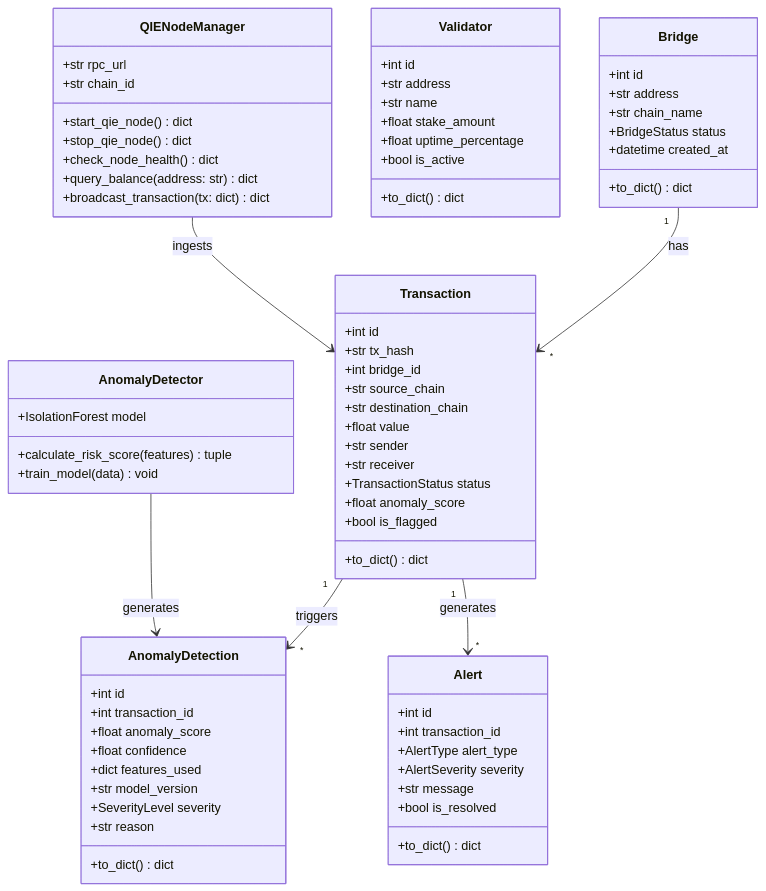
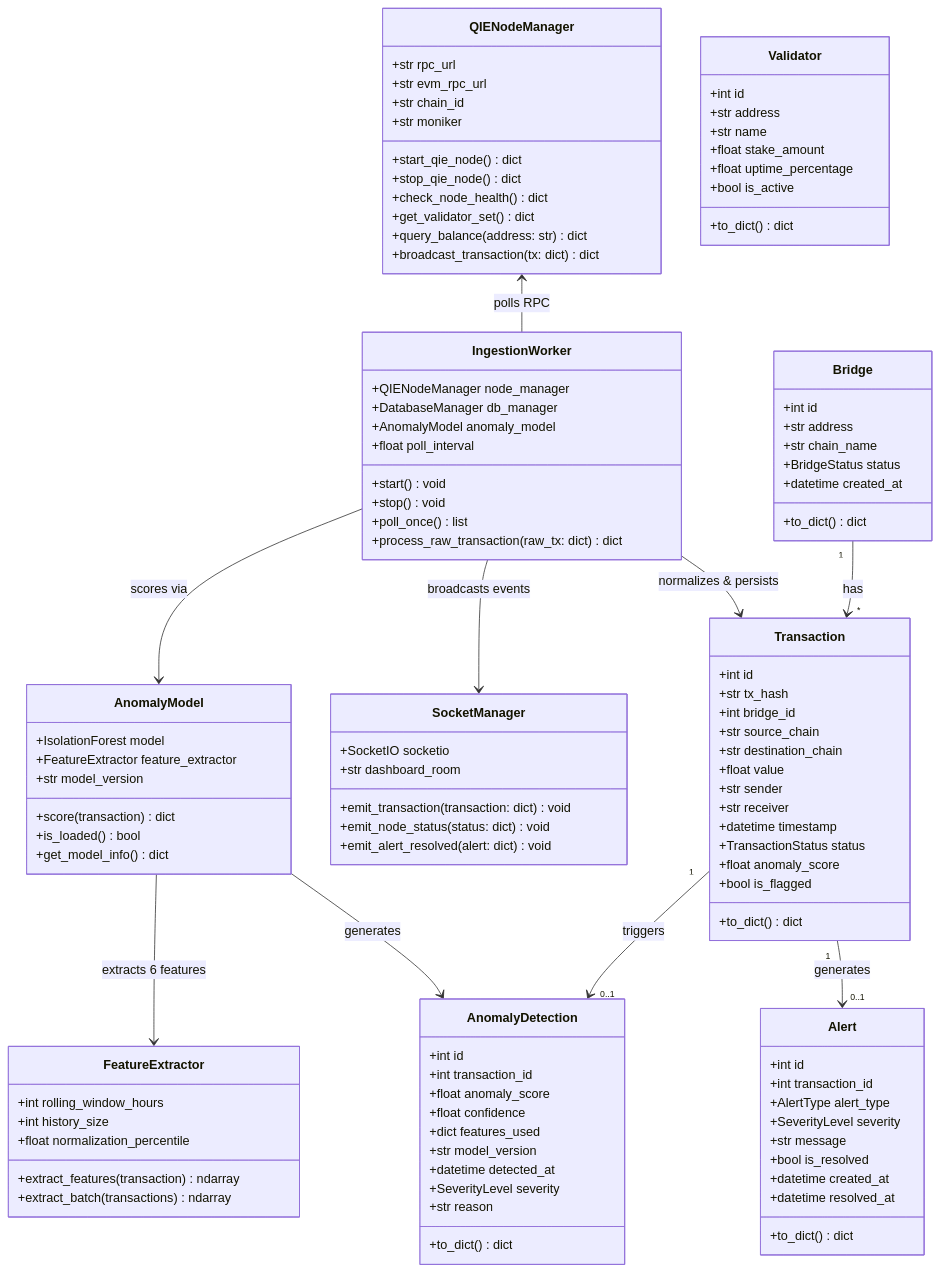
Before and after one commit to sheikhrehanseo/ValiGuard-Project-Main: the tenth of 23 diagrams in ValiGuard_Docs/ValiGuard_AI_Phase_1_Documentation.md, drawn with Mermaid. The commit also changed other lines of this file and 16 other files, not shown here.

Commit message:
feat: integrate EVM block telemetry, enhance demo mode mock data, and clean up legacy frontend

````diff
--- a/ValiGuard_Docs/ValiGuard_AI_Phase_1_Documentation.md
+++ b/ValiGuard_Docs/ValiGuard_AI_Phase_1_Documentation.md
@@ -770,13 +783,51 @@
 
 class QIENodeManager {
     +str rpc_url
+    +str evm_rpc_url
     +str chain_id
-
+    +str moniker
     +start_qie_node() dict
     +stop_qie_node() dict
     +check_node_health() dict
+    +get_validator_set() dict
     +query_balance(address: str) dict
     +broadcast_transaction(tx: dict) dict
+}
+
+class IngestionWorker {
+    +QIENodeManager node_manager
+    +DatabaseManager db_manager
+    +AnomalyModel anomaly_model
+    +float poll_interval
+    +start() void
+    +stop() void
+    +poll_once() list
+    +process_raw_transaction(raw_tx: dict) dict
+}
+
+class FeatureExtractor {
+    +int rolling_window_hours
+    +int history_size
+    +float normalization_percentile
+    +extract_features(transaction) ndarray
+    +extract_batch(transactions) ndarray
+}
+
+class AnomalyModel {
+    +IsolationForest model
+    +FeatureExtractor feature_extractor
+    +str model_version
+    +score(transaction) dict
+    +is_loaded() bool
+    +get_model_info() dict
+}
+
+class SocketManager {
+    +SocketIO socketio
+    +str dashboard_room
+    +emit_transaction(transaction: dict) void
+    +emit_node_status(status: dict) void
+    +emit_alert_resolved(alert: dict) void
 }
 
 class Validator {
@@ -786,7 +837,6 @@
     +float stake_amount
     +float uptime_percentage
     +bool is_active
-
     +to_dict() dict
 }
 
@@ -796,7 +846,6 @@
     +str chain_name
     +BridgeStatus status
     +datetime created_at
-
     +to_dict() dict
 }
 
@@ -809,18 +858,11 @@
     +float value
     +str sender
     +str receiver
+    +datetime timestamp
     +TransactionStatus status
     +float anomaly_score
     +bool is_flagged
-
     +to_dict() dict
-}
-
-class AnomalyDetector {
-    +IsolationForest model
-
-    +calculate_risk_score(features) tuple
-    +train_model(data) void
 }
 
 class AnomalyDetection {
@@ -830,9 +872,9 @@
     +float confidence
     +dict features_used
     +str model_version
+    +datetime detected_at
     +SeverityLevel severity
     +str reason
-
     +to_dict() dict
 }
 
@@ -840,20 +882,21 @@
     +int id
     +int transaction_id
     +AlertType alert_type
-    +AlertSeverity severity
+    +SeverityLevel severity
     +str message
     +bool is_resolved
-
+    +datetime created_at
+    +datetime resolved_at
     +to_dict() dict
 }
 
 Bridge "1" --> "*" Transaction : has
-
-Transaction "1" --> "*" AnomalyDetection : triggers
-
-Transaction "1" --> "*" Alert : generates
-
-QIENodeManager --> Transaction : ingests
-
-AnomalyDetector --> AnomalyDetection : generates
+Transaction "1" --> "0..1" AnomalyDetection : triggers
+Transaction "1" --> "0..1" Alert : generates
+QIENodeManager <-- IngestionWorker : polls RPC
+IngestionWorker --> Transaction : normalizes & persists
+IngestionWorker --> AnomalyModel : scores via
+AnomalyModel --> FeatureExtractor : extracts 6 features
+AnomalyModel --> AnomalyDetection : generates
+IngestionWorker --> SocketManager : broadcasts events
 ```
````
